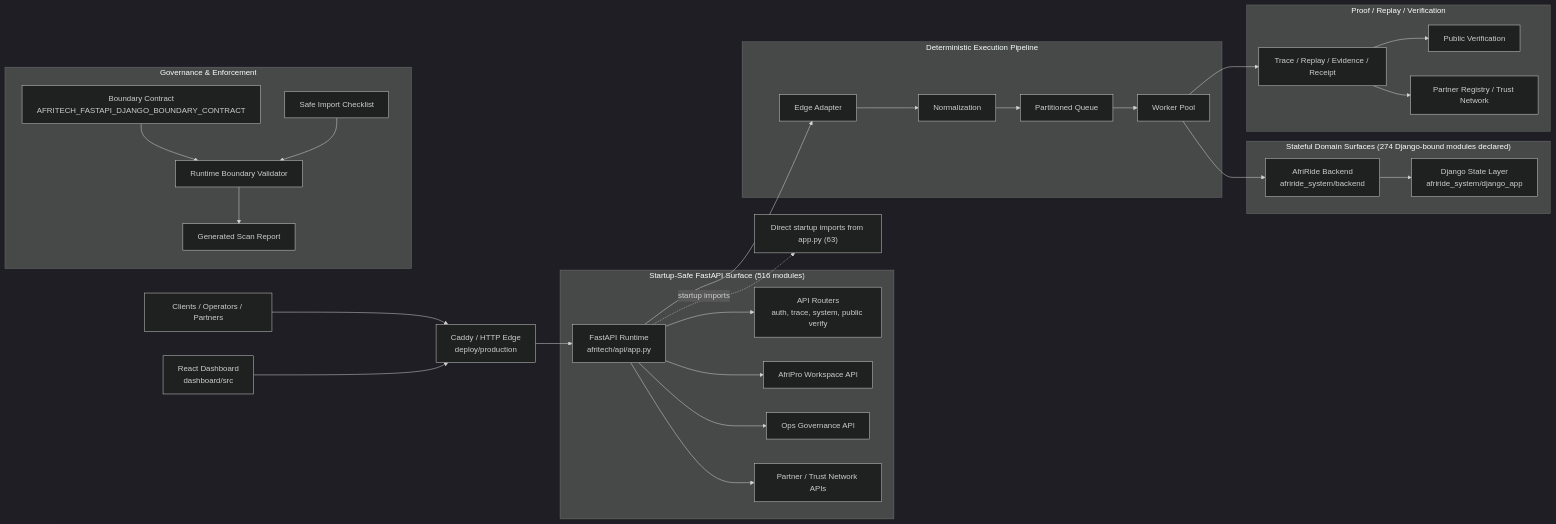
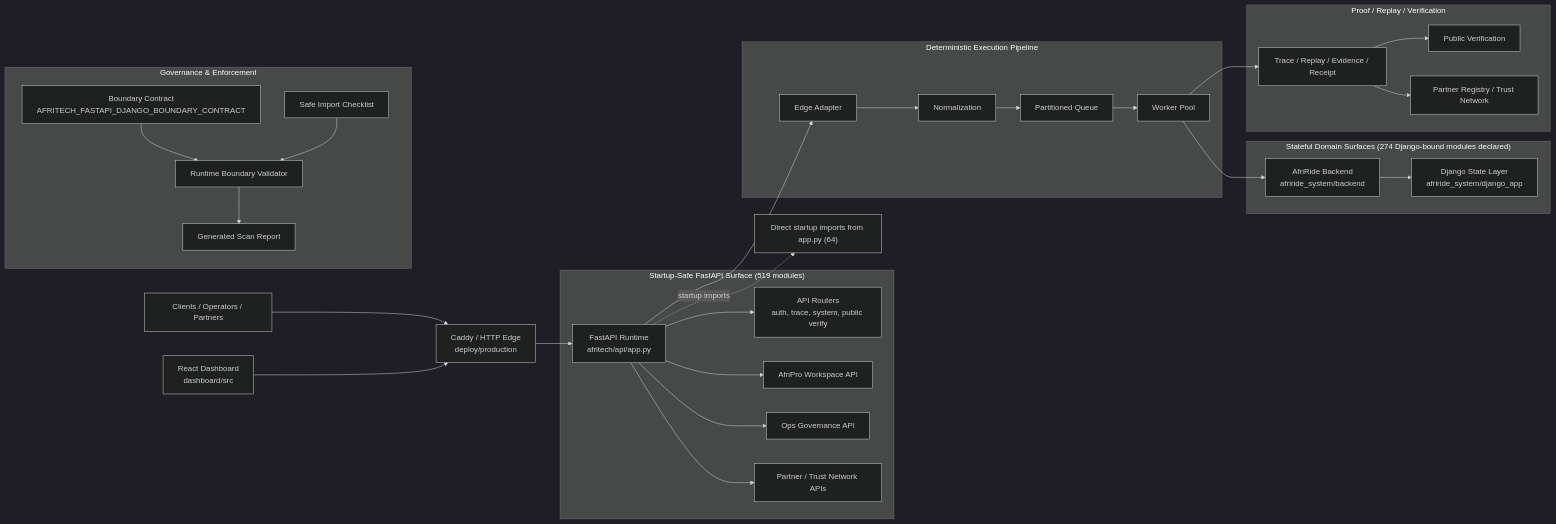
One commit to Strelly2023/afritelematics changed the first of 2 diagrams in docs/architecture/AFRITECH_FULL_ARCHITECTURE_GRAPH.md. Above: the diagram before and after it, drawn with Mermaid (dark theme). The commit also changed other lines of this file and 26 other files, not shown here.

````diff
--- a/docs/architecture/AFRITECH_FULL_ARCHITECTURE_GRAPH.md
+++ b/docs/architecture/AFRITECH_FULL_ARCHITECTURE_GRAPH.md
@@ -22,39 +22,39 @@
 ```mermaid
 flowchart LR
     Client["Clients / Operators / Partners"] --> Edge["Caddy / HTTP Edge\ndeploy/production"]
     Dashboard["React Dashboard\ndashboard/src"] --> Edge
     Edge --> App["FastAPI Runtime\nafritech/api/app.py"]
 
-    subgraph FastAPI["Startup-Safe FastAPI Surface (516 modules)"]
+    subgraph FastAPI["Startup-Safe FastAPI Surface (519 modules)"]
         App --> Api["API Routers\nauth, trace, system, public verify"]
         App --> Workspace["AfriPro Workspace API"]
         App --> Governance["Ops Governance API"]
         App --> Trust["Partner / Trust Network APIs"]
     end
 
     subgraph Pipeline["Deterministic Execution Pipeline"]
         App --> Adapt["Edge Adapter"]
         Adapt --> Normalize["Normalization"]
         Normalize --> Queue["Partitioned Queue"]
         Queue --> Worker["Worker Pool"]
     end
 
     subgraph State["Stateful Domain Surfaces (274 Django-bound modules declared)"]
         Worker --> Domain["AfriRide Backend\nafriride_system/backend"]
         Domain --> Django["Django State Layer\nafriride_system/django_app"]
     end
 
     subgraph Proof["Proof / Replay / Verification"]
         Worker --> Trace["Trace / Replay / Evidence / Receipt"]
         Trace --> Public["Public Verification"]
         Trace --> Registry["Partner Registry / Trust Network"]
     end
 
     subgraph GovernancePlane["Governance & Enforcement"]
         Contract["Boundary Contract\nAFRITECH_FASTAPI_DJANGO_BOUNDARY_CONTRACT"] --> Validator["Runtime Boundary Validator"]
         Checklist["Safe Import Checklist"] --> Validator
         Validator --> Review["Generated Scan Report"]
     end
 
-    App -. startup imports .-> Imports["Direct startup imports from app.py (63)"]
+    App -. startup imports .-> Imports["Direct startup imports from app.py (64)"]
 ```
````
